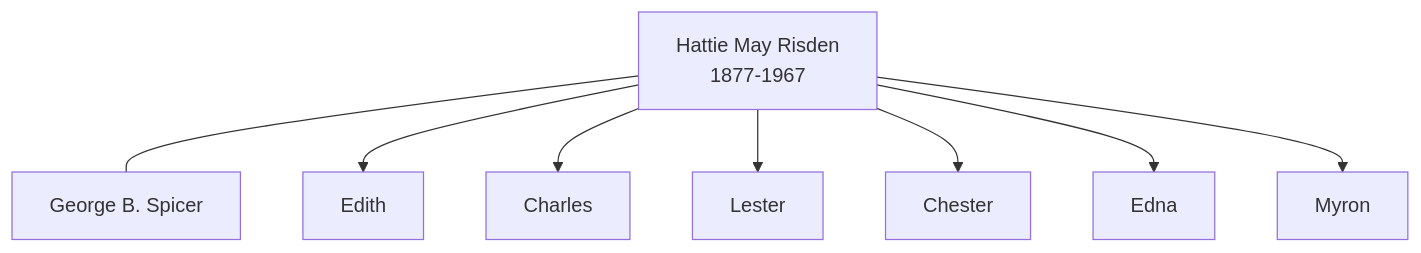
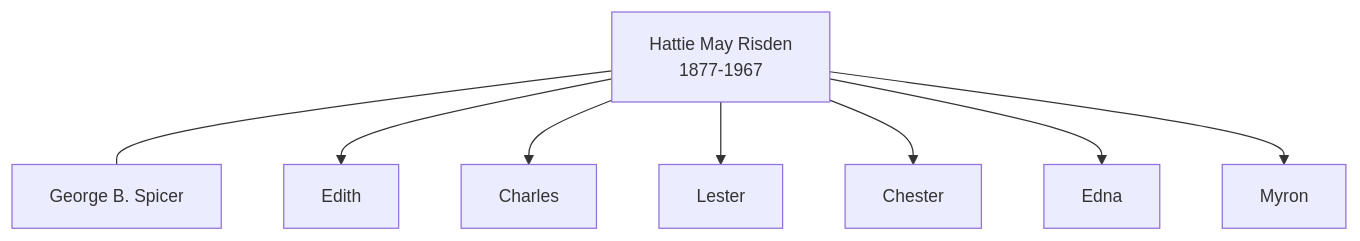
Before and after one commit to zcopley/thorpe-family-research: the diagram in People/Hattie May Risden.md, drawn with Mermaid. The commit also changed 46 other files, not shown here.

First line of the commit message:
Improve Mermaid diagram legibility and vault privacy

````diff
--- a/People/Hattie May Risden.md
+++ b/People/Hattie May Risden.md
@@ -25,19 +25,20 @@
 ```mermaid
+%%{init: {'flowchart': {'htmlLabels': true}, 'theme': 'default', 'themeVariables': {'primaryTextColor': '#000000', 'primaryBorderColor': '#333333', 'lineColor': '#333333', 'fontSize': '14px'}}}%%
 graph TD
   HMR[Hattie May Risden<br/>1877-1967]
   GS[George B. Spicer]
   ED[Edith]
   CH[Charles]
   L[Lester]
   C[Chester]
   E[Edna]
   M[Myron]
 
   HMR --- GS
   HMR --> ED
   HMR --> CH
   HMR --> L
   HMR --> C
   HMR --> E
   HMR --> M
 ```
````
